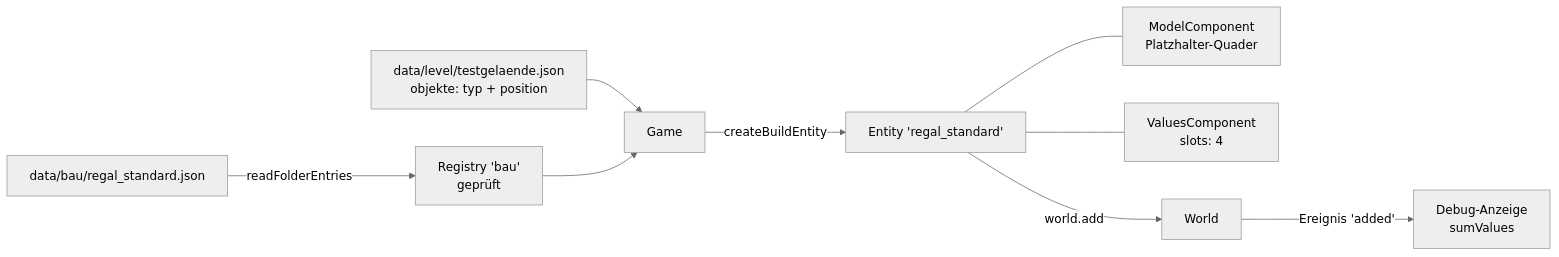
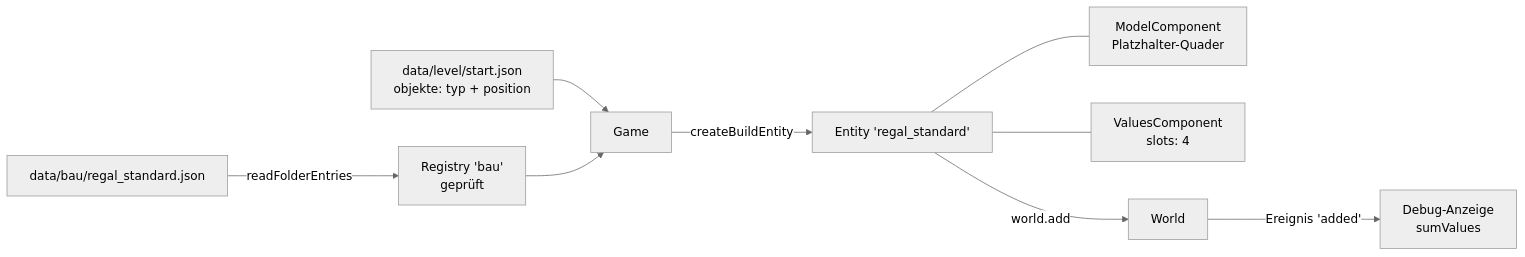
The first of 5 diagrams in README.md (Hobix0/PocketSim), drawn with Mermaid (neutral theme) before and after one commit. The commit also changed other lines of this file and 257 other files, not shown here.

````diff
--- a/README.md
+++ b/README.md
@@ -177,11 +192,11 @@
 ```mermaid
 flowchart LR
   J["data/bau/regal_standard.json"] -->|readFolderEntries| R["Registry 'bau'<br>geprüft"]
-  L["data/level/testgelaende.json<br>objekte: typ + position"] --> G[Game]
+  L["data/level/start.json<br>objekte: typ + position"] --> G[Game]
   R --> G
   G -->|createBuildEntity| E["Entity 'regal_standard'"]
   E --- M[ModelComponent<br>Platzhalter-Quader]
   E --- V[ValuesComponent<br>slots: 4]
   E -->|world.add| W[World]
   W -->|Ereignis 'added'| D[Debug-Anzeige<br>sumValues]
 ```
````
